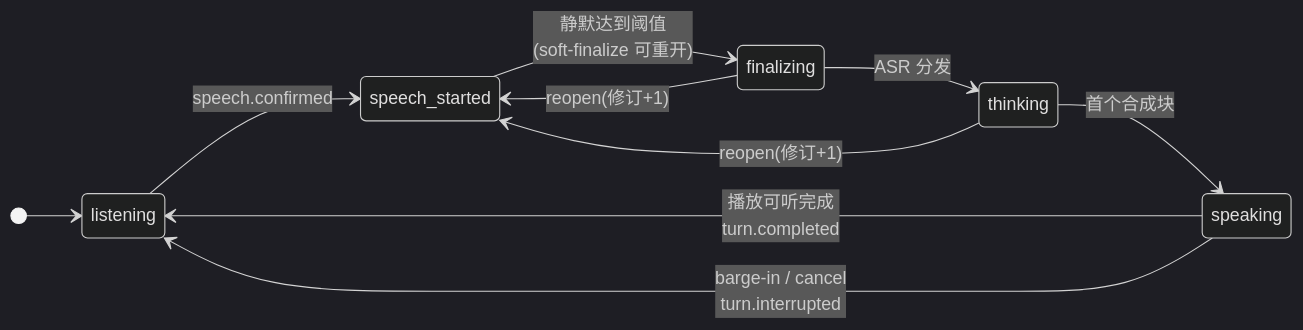
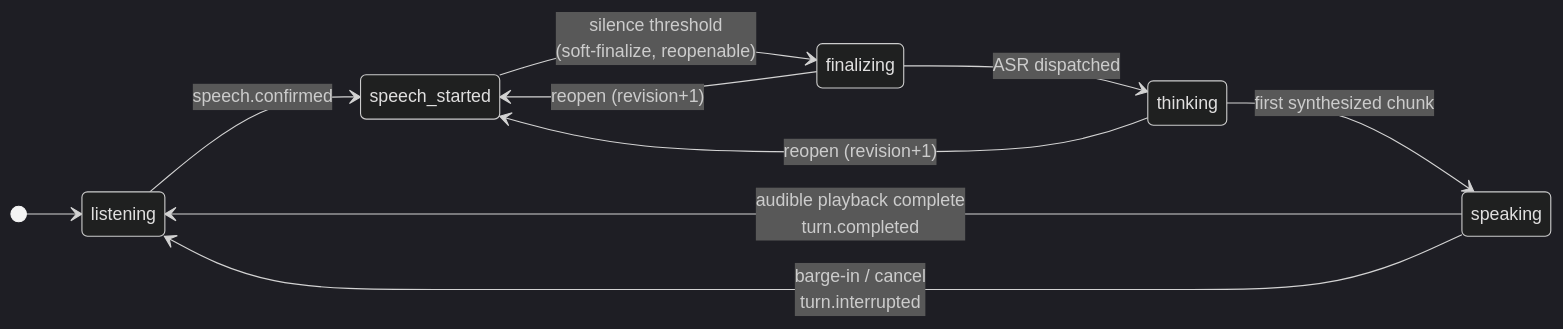
Before and after one commit to liuzl/voxstudio: the second of 2 diagrams in docs/technical-report.md, drawn with Mermaid (dark theme). The commit also changed other lines of this file and 3 other files, not shown here.

````diff
--- a/docs/technical-report.md
+++ b/docs/technical-report.md
@@ -128,13 +116,13 @@
 ```mermaid
 stateDiagram-v2
   direction LR
   [*] --> listening
   listening --> speech_started : speech.confirmed
-  speech_started --> finalizing : 静默达到阈值<br/>(soft-finalize 可重开)
-  finalizing --> thinking : ASR 分发
-  thinking --> speaking : 首个合成块
-  speaking --> listening : 播放可听完成<br/>turn.completed
-  finalizing --> speech_started : reopen(修订+1)
-  thinking --> speech_started : reopen(修订+1)
+  speech_started --> finalizing : silence threshold<br/>(soft-finalize, reopenable)
+  finalizing --> thinking : ASR dispatched
+  thinking --> speaking : first synthesized chunk
+  speaking --> listening : audible playback complete<br/>turn.completed
+  finalizing --> speech_started : reopen (revision+1)
+  thinking --> speech_started : reopen (revision+1)
   speaking --> listening : barge-in / cancel<br/>turn.interrupted
 ```
````
